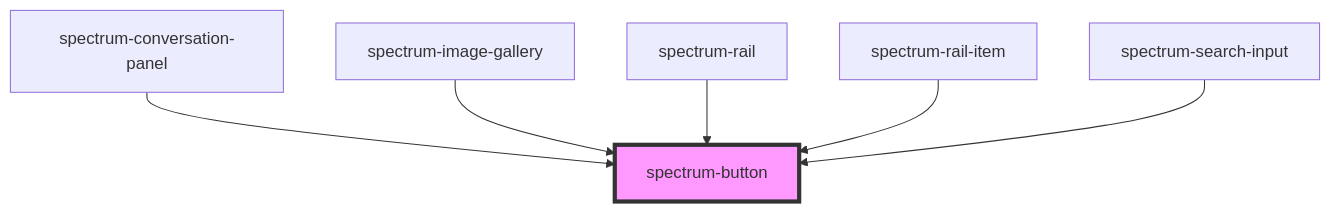
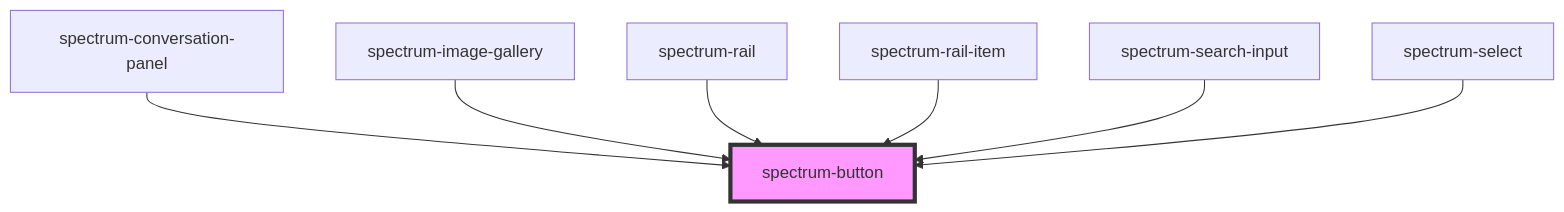
Before and after one commit to emamirelar/spectrum: the diagram in packages/core/src/components/spectrum-button/readme.md, drawn with Mermaid. The commit also changed other lines of this file and 6 other files, not shown here.

````diff
--- a/packages/core/src/components/spectrum-button/readme.md
+++ b/packages/core/src/components/spectrum-button/readme.md
@@ -55,9 +56,10 @@
 ```mermaid
 graph TD;
   spectrum-conversation-panel --> spectrum-button
   spectrum-image-gallery --> spectrum-button
   spectrum-rail --> spectrum-button
   spectrum-rail-item --> spectrum-button
   spectrum-search-input --> spectrum-button
+  spectrum-select --> spectrum-button
   style spectrum-button fill:#f9f,stroke:#333,stroke-width:4px
 ```
````
